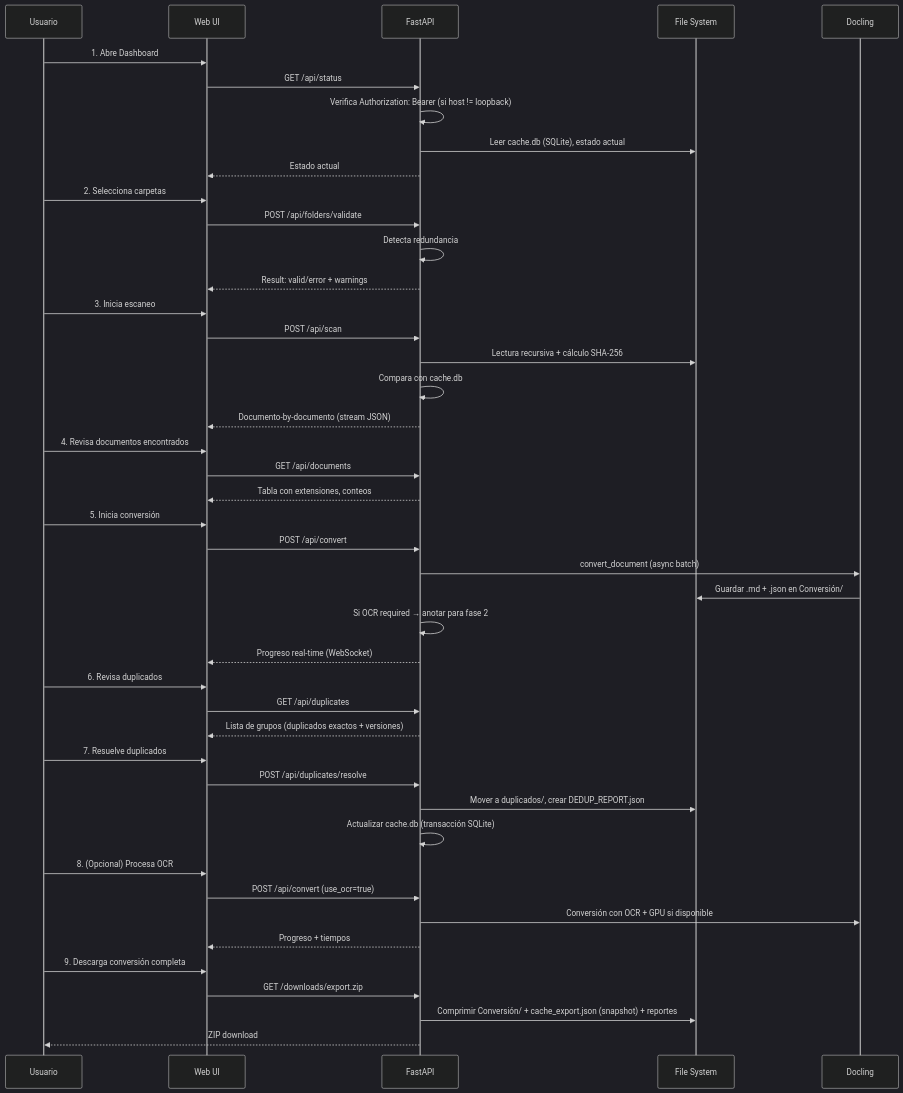
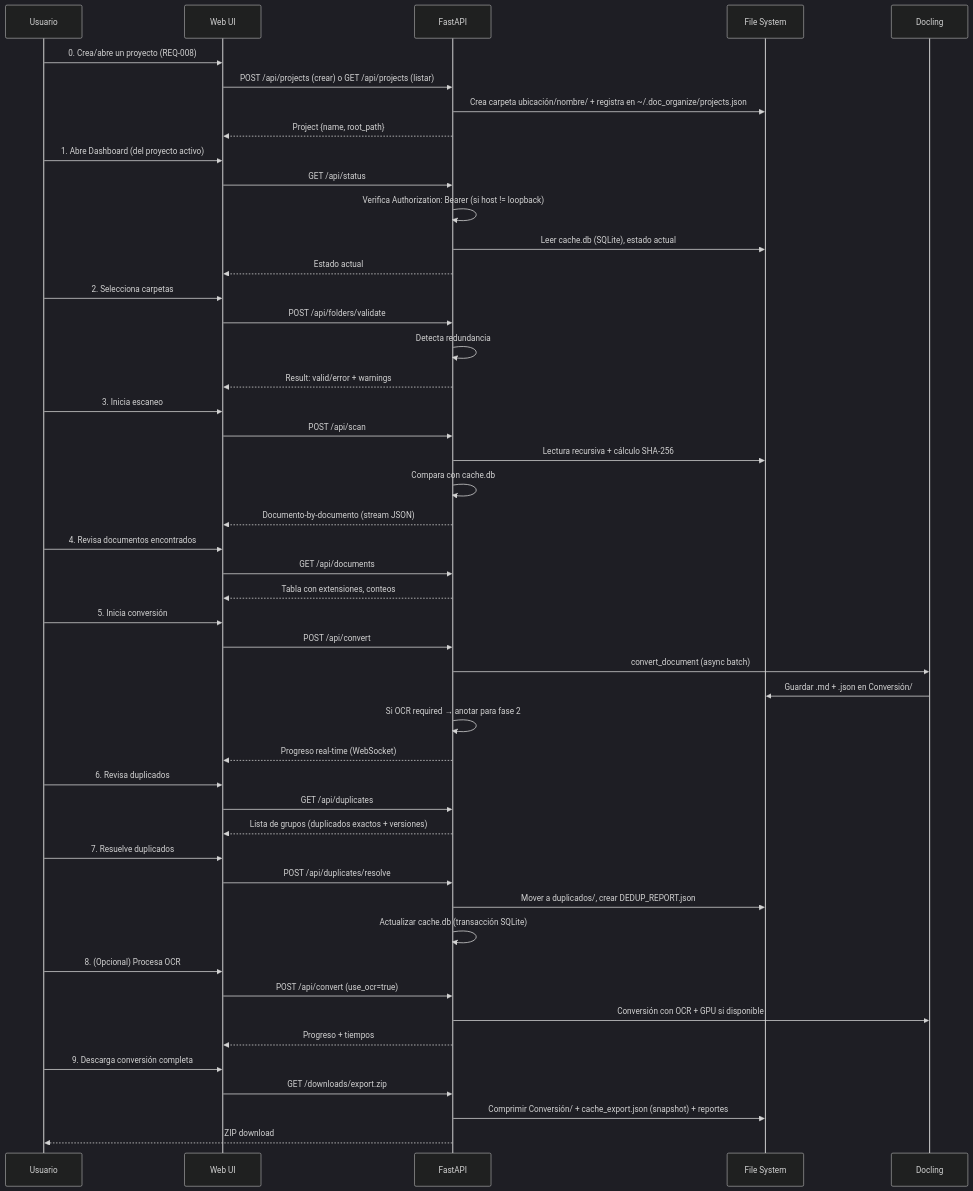
Before and after one commit to fmanza/doc_organize: the second of 2 diagrams in .github/prompts/doclink_extractor_plan.md, drawn with Mermaid (dark theme). The commit also changed other lines of this file and 94 other files, not shown here.

````diff
--- a/.github/prompts/doclink_extractor_plan.md
+++ b/.github/prompts/doclink_extractor_plan.md
@@ -524,55 +1501,60 @@
 ```mermaid
 sequenceDiagram
     participant User as Usuario
     participant UI as Web UI
     participant API as FastAPI
     participant FS as File System
     participant Docling as Docling
 
-    User->>UI: 1. Abre Dashboard
+    User->>UI: 0. Crea/abre un proyecto (REQ-008)
+    UI->>API: POST /api/projects (crear) o GET /api/projects (listar)
+    API->>FS: Crea carpeta ubicación/nombre/ + registra en ~/.doc_organize/projects.json
+    API-->>UI: Project {name, root_path}
+
+    User->>UI: 1. Abre Dashboard (del proyecto activo)
     UI->>API: GET /api/status
     API->>API: Verifica Authorization: Bearer (si host != loopback)
     API->>FS: Leer cache.db (SQLite), estado actual
     API-->>UI: Estado actual
 
     User->>UI: 2. Selecciona carpetas
     UI->>API: POST /api/folders/validate
     API->>API: Detecta redundancia
     API-->>UI: Result: valid/error + warnings
 
     User->>UI: 3. Inicia escaneo
     UI->>API: POST /api/scan
     API->>FS: Lectura recursiva + cálculo SHA-256
     API->>API: Compara con cache.db
     API-->>UI: Documento-by-documento (stream JSON)
 
     User->>UI: 4. Revisa documentos encontrados
     UI->>API: GET /api/documents
     API-->>UI: Tabla con extensiones, conteos
 
     User->>UI: 5. Inicia conversión
     UI->>API: POST /api/convert
     API->>Docling: convert_document (async batch)
     Docling->>FS: Guardar .md + .json en Conversión/
     API->>API: Si OCR required → anotar para fase 2
     API-->>UI: Progreso real-time (WebSocket)
 
     User->>UI: 6. Revisa duplicados
     UI->>API: GET /api/duplicates
     API-->>UI: Lista de grupos (duplicados exactos + versiones)
 
     User->>UI: 7. Resuelve duplicados
     UI->>API: POST /api/duplicates/resolve
     API->>FS: Mover a duplicados/, crear DEDUP_REPORT.json
     API->>API: Actualizar cache.db (transacción SQLite)
 
     User->>UI: 8. (Opcional) Procesa OCR
     UI->>API: POST /api/convert (use_ocr=true)
     API->>Docling: Conversión con OCR + GPU si disponible
     API-->>UI: Progreso + tiempos
 
     User->>UI: 9. Descarga conversión completa
     UI->>API: GET /downloads/export.zip
     API->>FS: Comprimir Conversión/ + cache_export.json (snapshot) + reportes
     API-->>User: ZIP download
 ```
````
